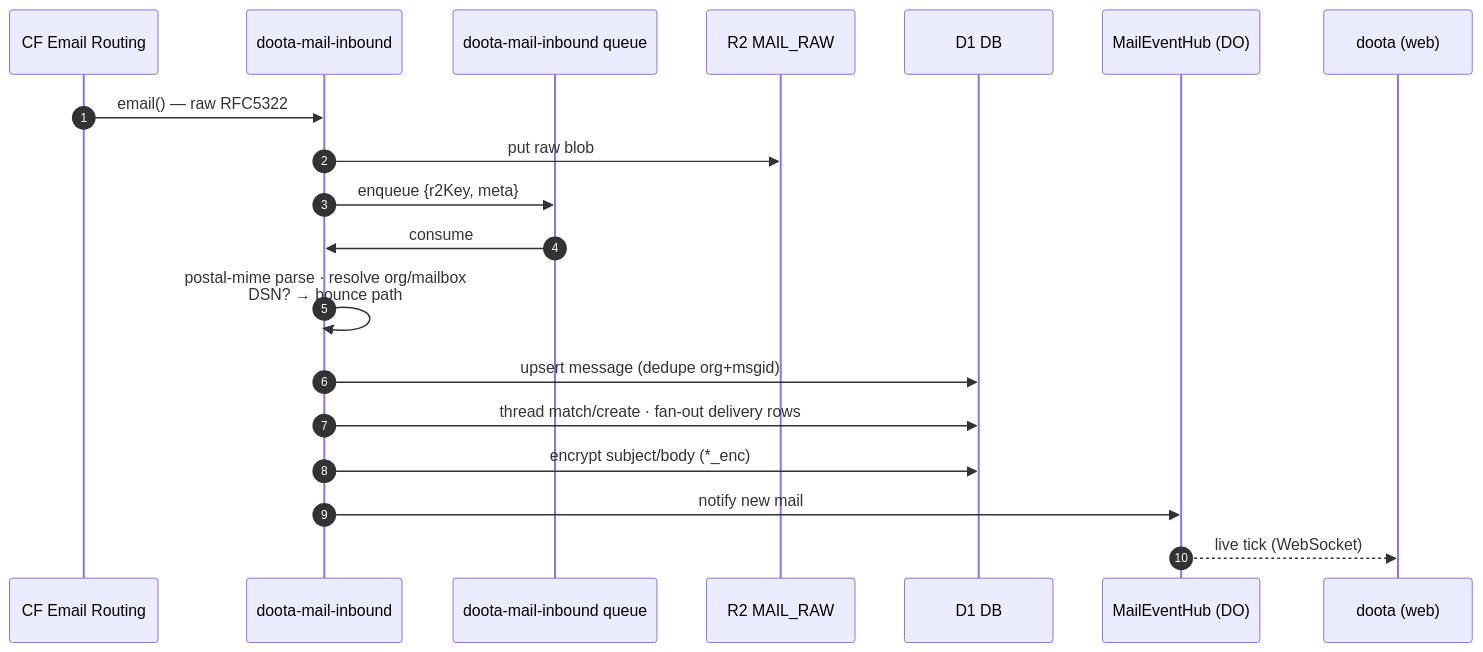
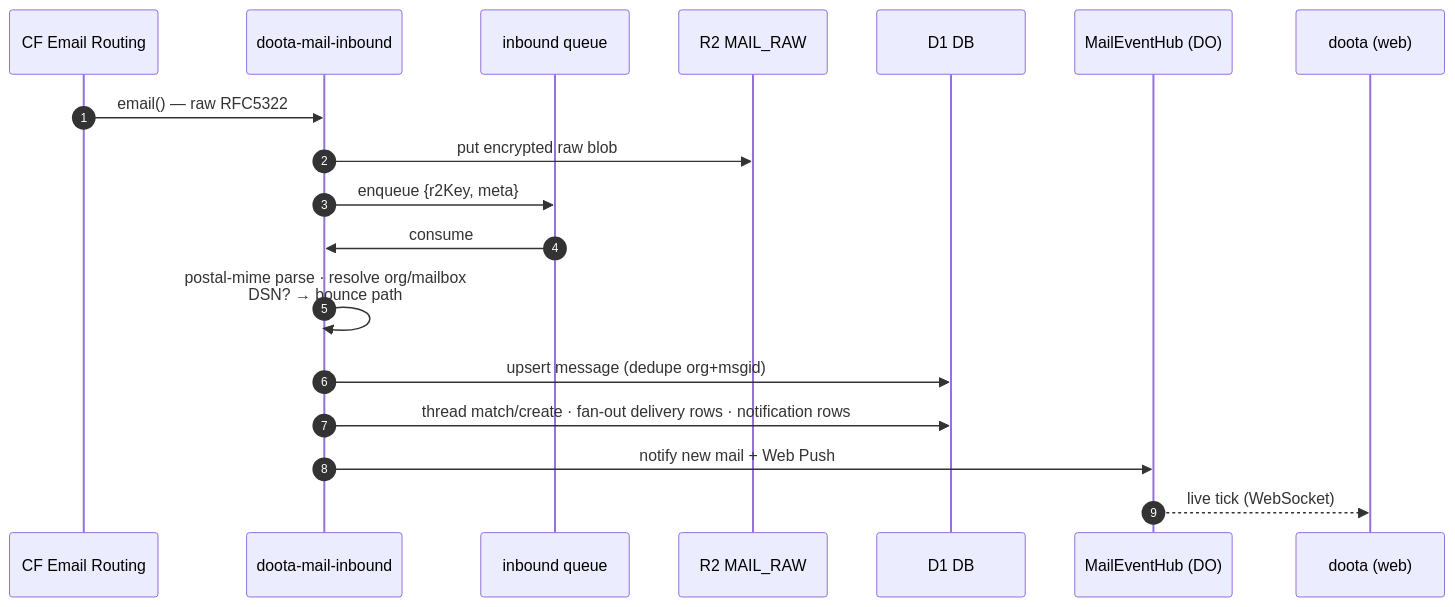
The third of 5 diagrams in docs/architecture-diagrams.md (etherCorps/doota), drawn with Mermaid before and after one commit. The commit also changed other lines of this file and 15 other files, not shown here.

First line of the commit message:
docs: rewrite internal docs current + refresh public docs with logo'd architecture

````diff
--- a/docs/architecture-diagrams.md
+++ b/docs/architecture-diagrams.md
@@ -405,22 +514,21 @@
 ```mermaid
 sequenceDiagram
     autonumber
     participant CF as CF Email Routing
     participant IN as doota-mail-inbound
-    participant Q as doota-mail-inbound queue
+    participant Q as inbound queue
     participant R2 as R2 MAIL_RAW
     participant D1 as D1 DB
     participant HUB as MailEventHub (DO)
     participant WEB as doota (web)
 
     CF->>IN: email() — raw RFC5322
-    IN->>R2: put raw blob
+    IN->>R2: put encrypted raw blob
     IN->>Q: enqueue {r2Key, meta}
     Q->>IN: consume
     IN->>IN: postal-mime parse · resolve org/mailbox<br/>DSN? → bounce path
     IN->>D1: upsert message (dedupe org+msgid)
-    IN->>D1: thread match/create · fan-out delivery rows
-    IN->>D1: encrypt subject/body (*_enc)
-    IN->>HUB: notify new mail
+    IN->>D1: thread match/create · fan-out delivery rows · notification rows
+    IN->>HUB: notify new mail + Web Push
     HUB-->>WEB: live tick (WebSocket)
 ```
````
